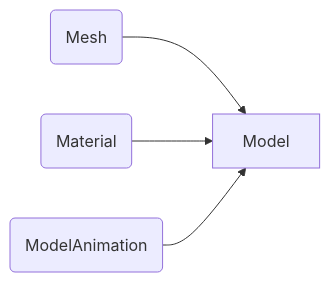
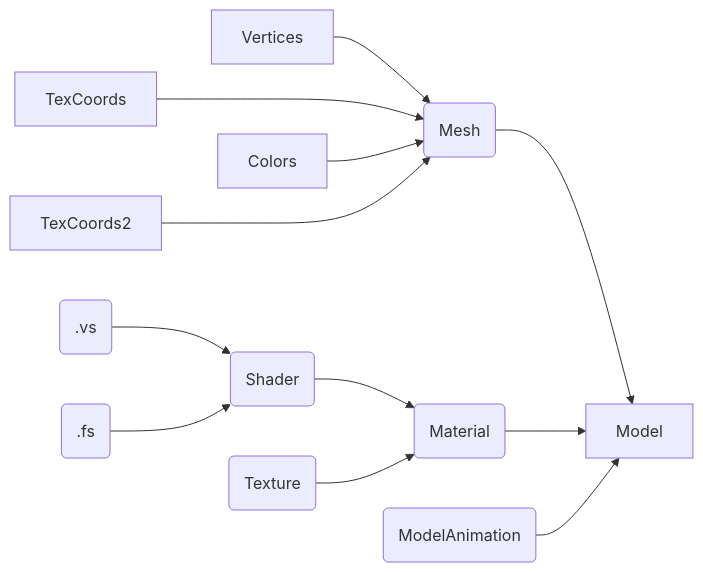
Before and after one commit to Cotterzz/Raylib: the diagram in Mesh.md, drawn with Mermaid. The commit also changed other lines of this file, not shown here.

````diff
--- a/Mesh.md
+++ b/Mesh.md
@@ -6,6 +7,14 @@
 ```mermaid
 graph LR
+X[Vertices] --> A(Mesh)
+Y[TexCoords] ---> A(Mesh)
+V[Colors] --> A(Mesh) 
+Z[TexCoords2] ---> A(Mesh)
 A(Mesh) --> D[Model]
 B(Material) --> D[Model]
 C(ModelAnimation) --> D[Model]
+E(Shader) --> B(Material)
+F(Texture) --> B(Material)
+G(.vs) --> E(Shader)
+H(.fs) --> E(Shader)
 ```
````
